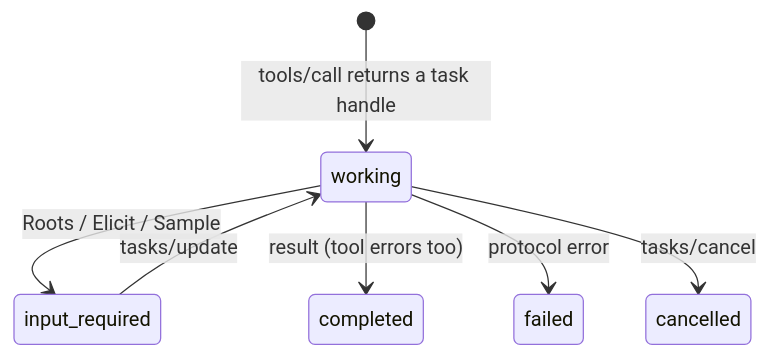
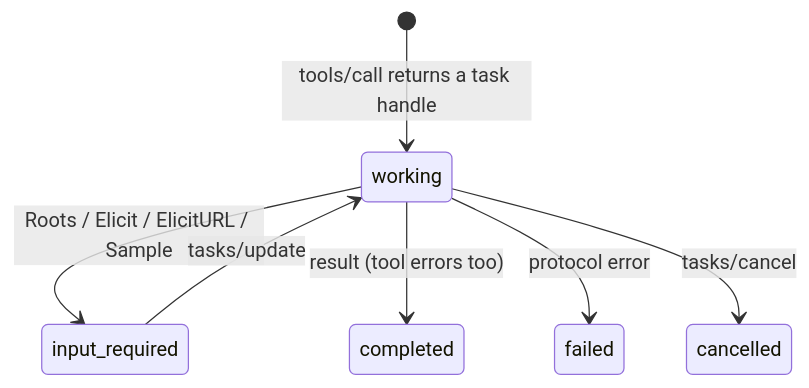
Diagram 14 of 19 in README.md (StevenCyb/GoMCP), drawn with Mermaid before and after one commit. The commit also changed other lines of this file and 20 other files, not shown here.

````diff
--- a/README.md
+++ b/README.md
@@ -558,9 +807,9 @@
 ```mermaid
 stateDiagram-v2
     [*] --> working: tools/call returns a task handle
-    working --> input_required: Roots / Elicit / Sample
+    working --> input_required: Roots / Elicit / ElicitURL / Sample
     input_required --> working: tasks/update
     working --> completed: result (tool errors too)
     working --> failed: protocol error
     working --> cancelled: tasks/cancel
 ```
````
